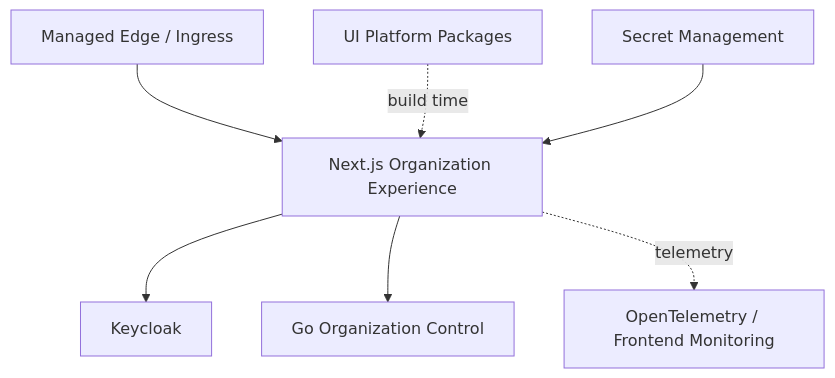
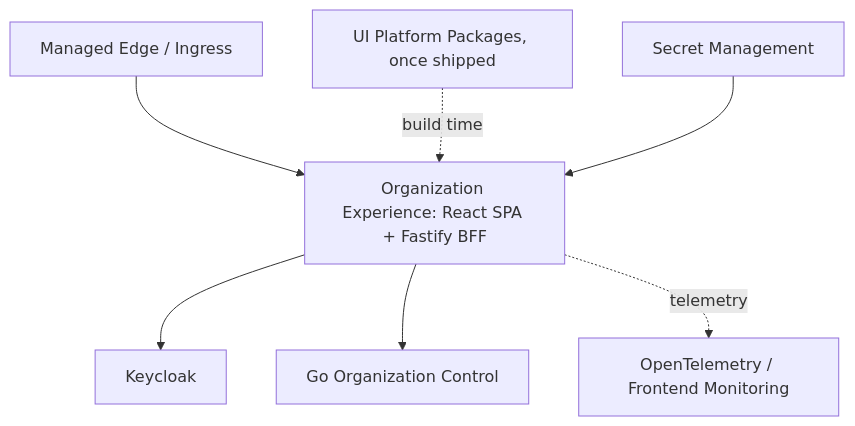
One commit to anshacerbia2/scnehaux-architecture changed the second of 7 diagrams in 04-system/scnehaux-organization/scnehaux-organization-experience.sad.md. Above: the diagram before and after it, drawn with Mermaid. The commit also changed other lines of this file, not shown here.

First line of the commit message:
SAD-012 1.1.0: Organization Experience on Vite with the identity BFF

````diff
--- a/04-system/scnehaux-organization/scnehaux-organization-experience.sad.md
+++ b/04-system/scnehaux-organization/scnehaux-organization-experience.sad.md
@@ -134,17 +134,17 @@
 ```mermaid
 graph TB
     EDGE[Managed Edge / Ingress]
-    WEB[Next.js Organization Experience]
+    WEB[Organization Experience: React SPA + Fastify BFF]
     KC[Keycloak]
     API[Go Organization Control]
-    UIP[UI Platform Packages]
+    UIP[UI Platform Packages, once shipped]
     OBS[OpenTelemetry / Frontend Monitoring]
     SECRET[Secret Management]
 
     EDGE --> WEB
     WEB --> KC
     WEB --> API
     UIP -. build time .-> WEB
     SECRET --> WEB
     WEB -. telemetry .-> OBS
 ```
````
